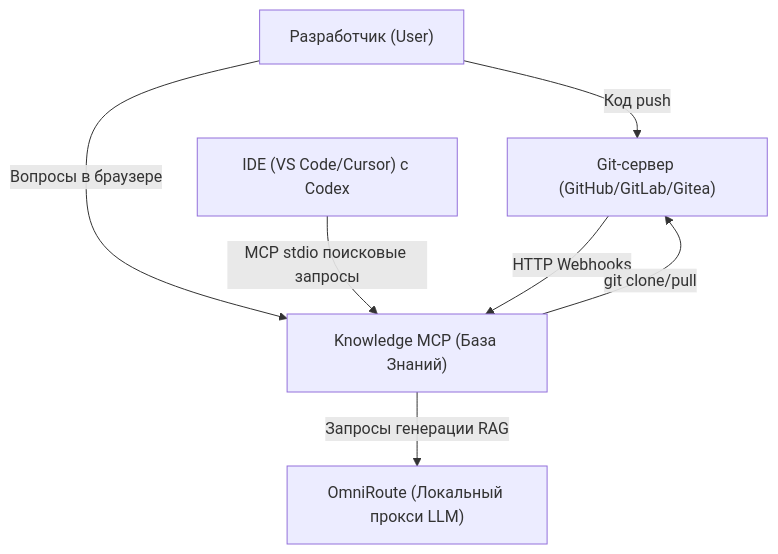
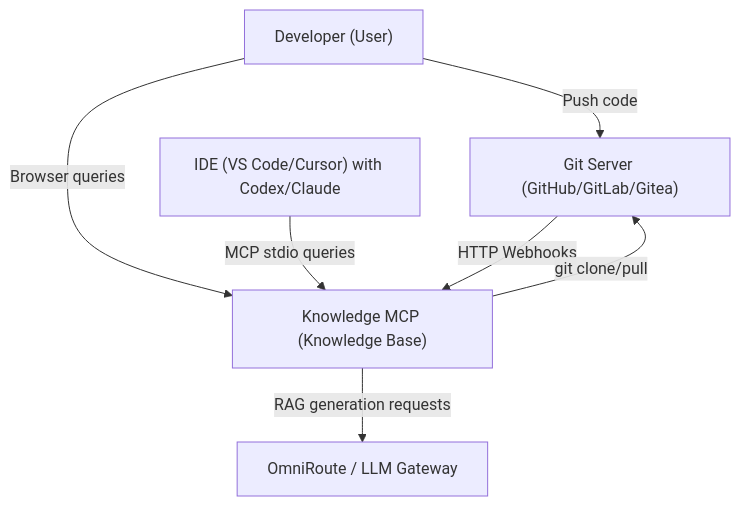
The first of 3 diagrams in _bmad-output/planning-artifacts/architecture/architecture-knowledgebase-mcp-2026-06-30/solution_design.md (PaulTheSecond/knowledgebase-mcp), drawn with Mermaid before and after one commit. The commit also changed other lines of this file and 33 other files, not shown here.

Commit message:
docs: translate architecture specifications and ADRs to Russian

````diff
--- a/_bmad-output/planning-artifacts/architecture/architecture-knowledgebase-mcp-2026-06-30/solution_design.md
+++ b/_bmad-output/planning-artifacts/architecture/architecture-knowledgebase-mcp-2026-06-30/solution_design.md
@@ -13,15 +13,15 @@
 ```mermaid
 flowchart TB
-    User["Разработчик (User)"]
-    IDE["IDE (VS Code/Cursor) с Codex"]
-    GitServer["Git-сервер (GitHub/GitLab/Gitea)"]
-    KMCP["Knowledge MCP (База Знаний)"]
-    OmniRoute["OmniRoute (Локальный прокси LLM)"]
+    User["Developer (User)"]
+    IDE["IDE (VS Code/Cursor) with Codex/Claude"]
+    GitServer["Git Server (GitHub/GitLab/Gitea)"]
+    KMCP["Knowledge MCP (Knowledge Base)"]
+    OmniRoute["OmniRoute / LLM Gateway"]
 
-    User -->|Код push| GitServer
-    User -->|Вопросы в браузере| KMCP
-    IDE -->|MCP stdio поисковые запросы| KMCP
+    User -->|Push code| GitServer
+    User -->|Browser queries| KMCP
+    IDE -->|MCP stdio queries| KMCP
     GitServer -->|HTTP Webhooks| KMCP
-    KMCP -->|Запросы генерации RAG| OmniRoute
+    KMCP -->|RAG generation requests| OmniRoute
     KMCP -->|git clone/pull| GitServer
 ```
````
